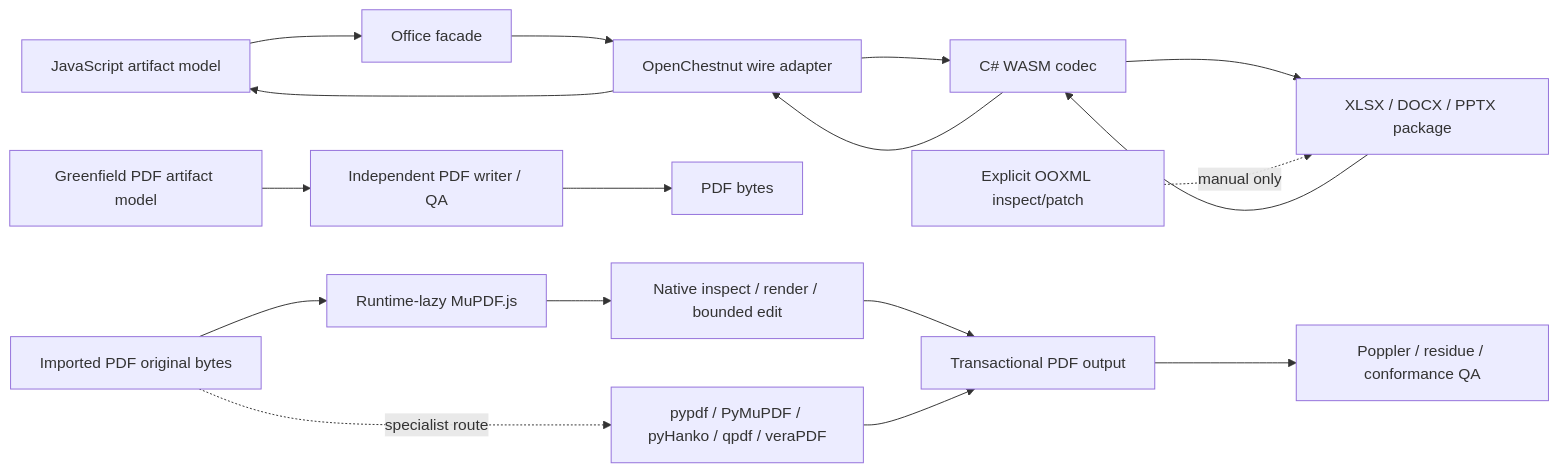
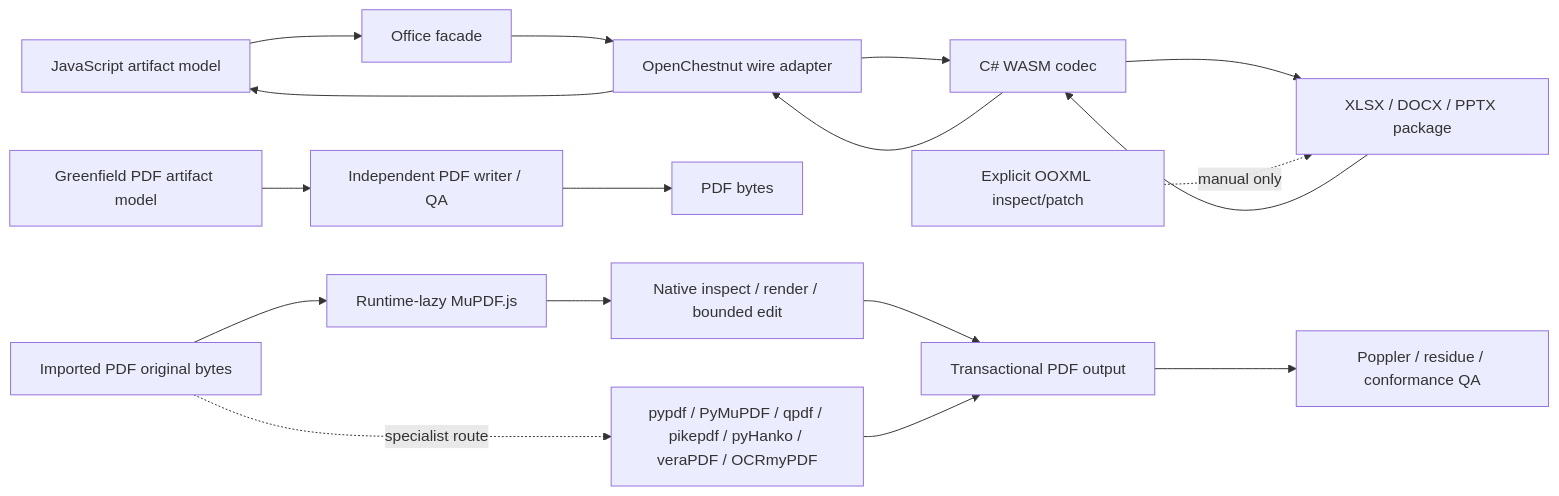
One commit to w31r4/OfficeKit changed the diagram in docs/reference-runtime-architecture.md. Above: the diagram before and after it, drawn with Mermaid. The commit also changed other lines of this file and 24 other files, not shown here.

Commit message:
feat(pdf): add bounded pikepdf structure cleanup

````diff
--- a/docs/reference-runtime-architecture.md
+++ b/docs/reference-runtime-architecture.md
@@ -9,21 +9,21 @@
 ```mermaid
 flowchart LR
   A["JavaScript artifact model"] --> B["Office facade"]
   B --> C["OpenChestnut wire adapter"]
   C --> D["C# WASM codec"]
   D --> E["XLSX / DOCX / PPTX package"]
   E --> D
   D --> C
   C --> A
 
   P["Greenfield PDF artifact model"] --> Q["Independent PDF writer / QA"]
   Q --> R["PDF bytes"]
   S["Imported PDF original bytes"] --> T["Runtime-lazy MuPDF.js"]
   T --> U["Native inspect / render / bounded edit"]
-  S -. "specialist route" .-> X["pypdf / PyMuPDF / pyHanko / qpdf / veraPDF"]
+  S -. "specialist route" .-> X["pypdf / PyMuPDF / qpdf / pikepdf / pyHanko / veraPDF / OCRmyPDF"]
   U --> V["Transactional PDF output"]
   X --> V
   V --> W["Poppler / residue / conformance QA"]
 
   I["Explicit OOXML inspect/patch"] -. "manual only" .-> E
 ```
````
